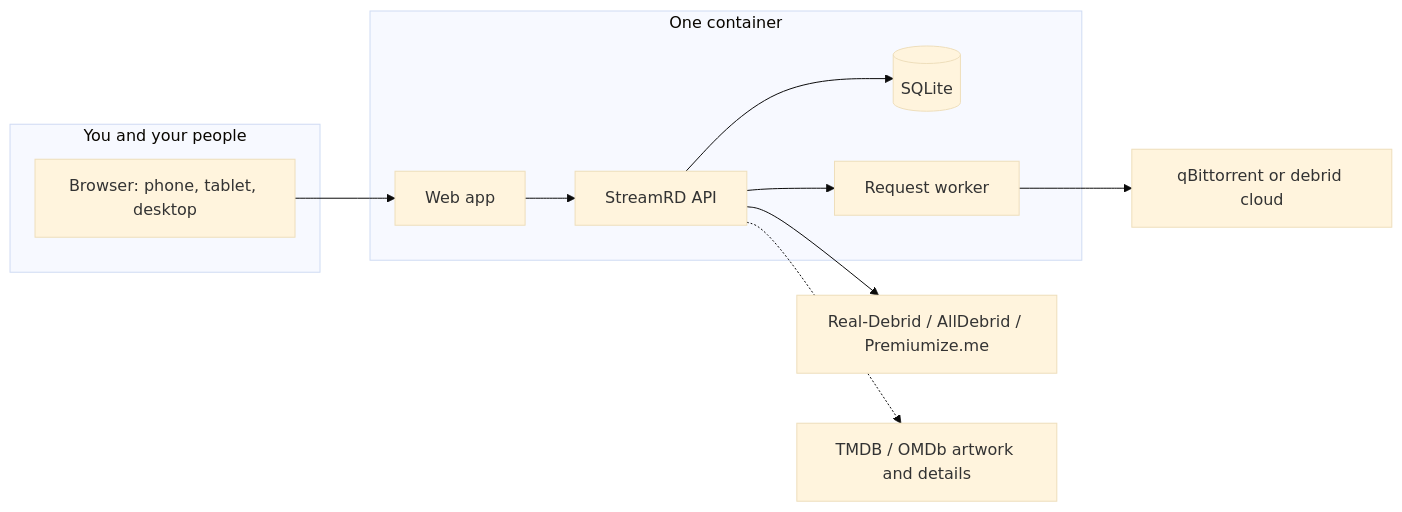
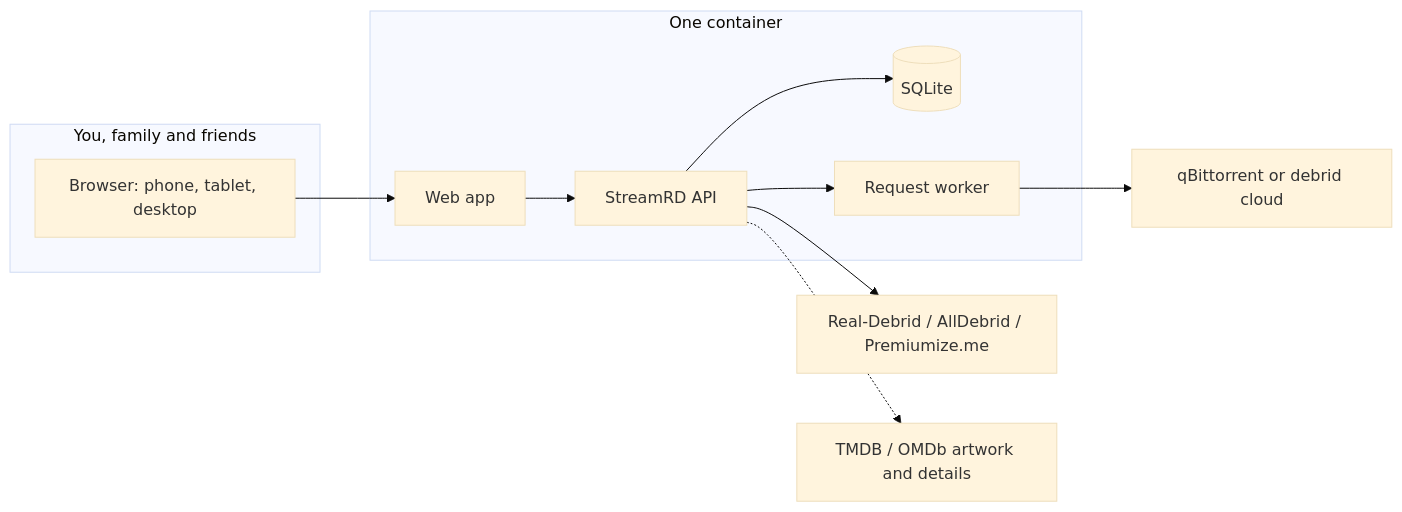
The diagram in README.md (Installation-04/StreamRD), drawn with Mermaid (base theme) before and after one commit. The commit also changed other lines of this file and 180 other files, not shown here.

First line of the commit message:
Wording: for you, your family and friends; screenshots retaken without the retired UI (#42)

````diff
--- a/README.md
+++ b/README.md
@@ -180,15 +180,15 @@
 ```mermaid
 flowchart LR
-  subgraph you["You and your people"]
+  subgraph you["You, family and friends"]
     B["Browser: phone, tablet, desktop"]
   end
   subgraph box["One container"]
     W["Web app"] --> A["StreamRD API"]
     A --> DB[("SQLite")]
     A --> R["Request worker"]
   end
   A --> D["Real-Debrid / AllDebrid / Premiumize.me"]
   A -.-> M["TMDB / OMDb artwork and details"]
   R --> Q["qBittorrent or debrid cloud"]
   B --> W
 ```
````
